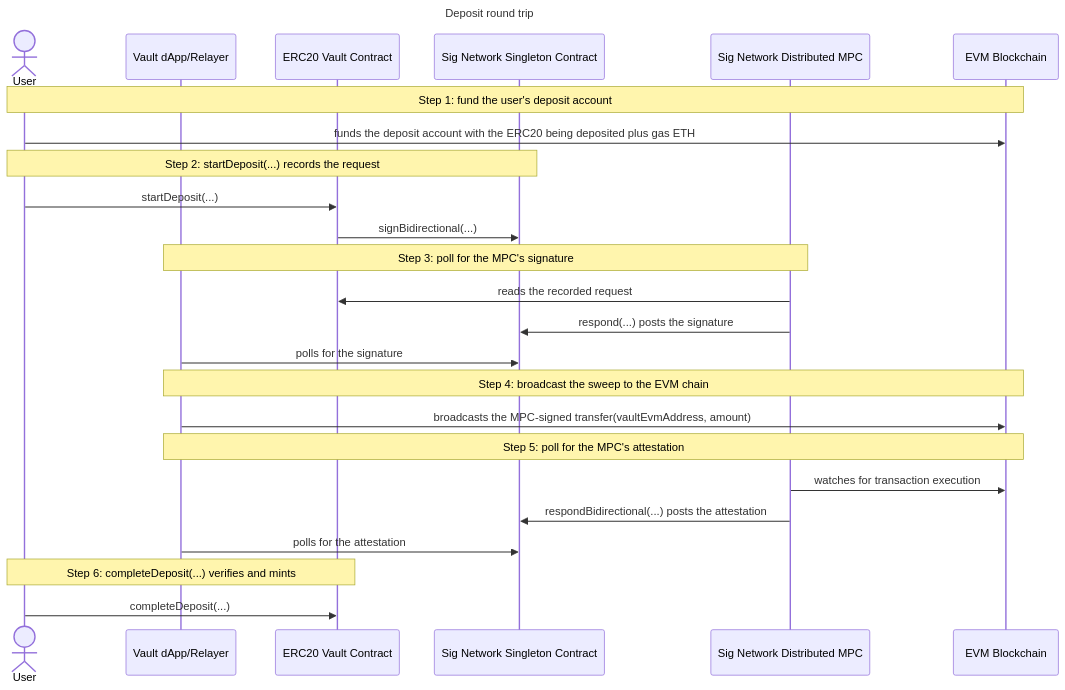
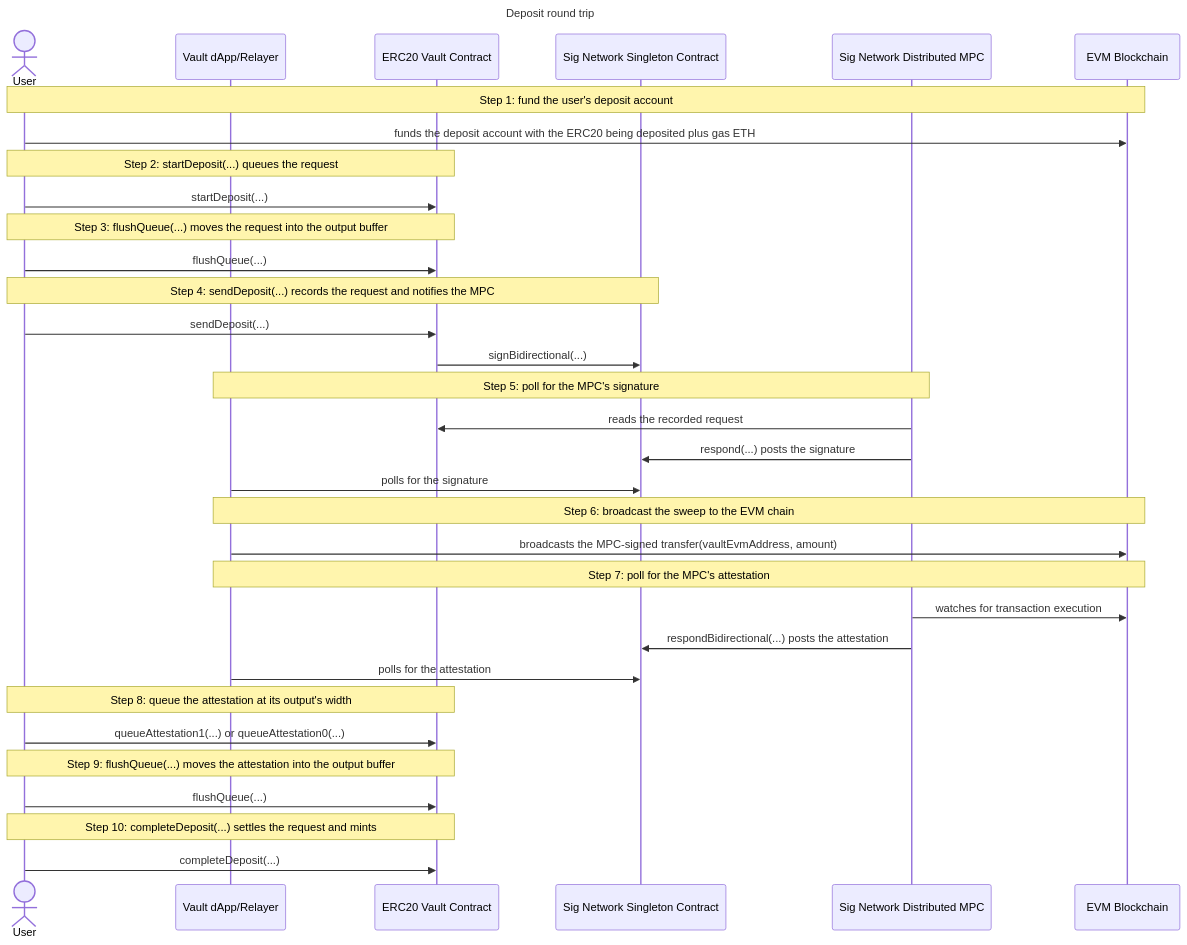
Before and after one commit to scafuro/midnight-examples: the diagram in examples/erc20-vault/docs/deposit/deposit.md, drawn with Mermaid. The commit also changed other lines of this file and 21 other files, not shown here.

First line of the commit message:
docs(erc20-vault): describe the flush pattern everywhere, and list the diagrams to redraw

````diff
--- a/examples/erc20-vault/docs/deposit/deposit.md
+++ b/examples/erc20-vault/docs/deposit/deposit.md
@@ -227,28 +280,36 @@
 ```mermaid
 sequenceDiagram
     title Deposit round trip
     actor User
     participant DApp as Vault dApp/Relayer
     participant Vault as ERC20 Vault Contract
     participant Singleton as Sig Network Singleton Contract
     participant MPC as Sig Network Distributed MPC
     participant EVM as EVM Blockchain
 
     Note over User,EVM: Step 1: fund the user's deposit account
     User->>EVM: funds the deposit account with the ERC20 being deposited plus gas ETH
-    Note over User,Singleton: Step 2: startDeposit(...) records the request
+    Note over User,Vault: Step 2: startDeposit(...) queues the request
     User->>Vault: startDeposit(...)
+    Note over User,Vault: Step 3: flushQueue(...) moves the request into the output buffer
+    User->>Vault: flushQueue(...)
+    Note over User,Singleton: Step 4: sendDeposit(...) records the request and notifies the MPC
+    User->>Vault: sendDeposit(...)
     Vault->>Singleton: signBidirectional(...)
-    Note over DApp,MPC: Step 3: poll for the MPC's signature
+    Note over DApp,MPC: Step 5: poll for the MPC's signature
     MPC->>Vault: reads the recorded request
     MPC->>Singleton: respond(...) posts the signature
     DApp->>Singleton: polls for the signature
-    Note over DApp,EVM: Step 4: broadcast the sweep to the EVM chain
+    Note over DApp,EVM: Step 6: broadcast the sweep to the EVM chain
     DApp->>EVM: broadcasts the MPC-signed transfer(vaultEvmAddress, amount)
-    Note over DApp,EVM: Step 5: poll for the MPC's attestation
+    Note over DApp,EVM: Step 7: poll for the MPC's attestation
     MPC->>EVM: watches for transaction execution
     MPC->>Singleton: respondBidirectional(...) posts the attestation
     DApp->>Singleton: polls for the attestation
-    Note over User,Vault: Step 6: completeDeposit(...) verifies and mints
+    Note over User,Vault: Step 8: queue the attestation at its output's width
+    User->>Vault: queueAttestation1(...) or queueAttestation0(...)
+    Note over User,Vault: Step 9: flushQueue(...) moves the attestation into the output buffer
+    User->>Vault: flushQueue(...)
+    Note over User,Vault: Step 10: completeDeposit(...) settles the request and mints
     User->>Vault: completeDeposit(...)
 ```
````
